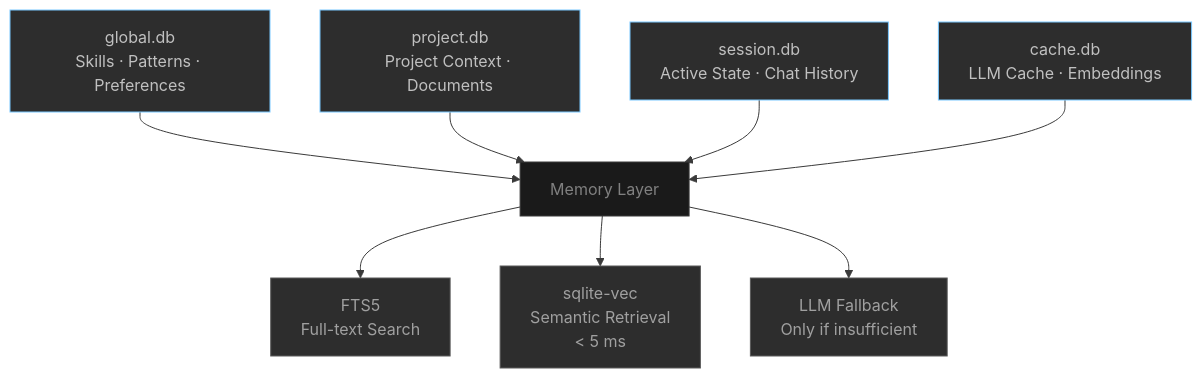
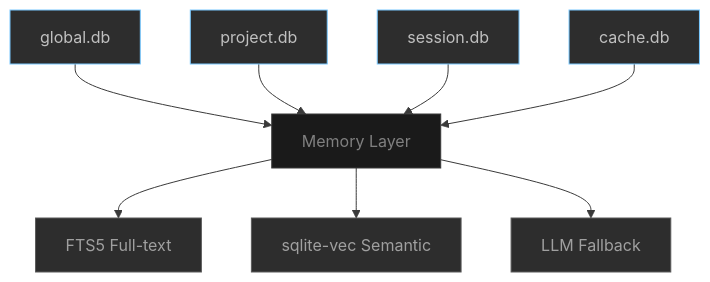
The diagram in README.md (Crea1ions/Arke), drawn with Mermaid (neutral theme) before and after one commit. The commit also changed other lines of this file, not shown here.

````diff
--- a/README.md
+++ b/README.md
@@ -167,22 +167,22 @@
 ```mermaid
 graph TD
-    G[global.db<br/>Skills · Patterns · Preferences] --> M[Memory Layer]
-    P[project.db<br/>Project Context · Documents] --> M
-    S[session.db<br/>Active State · Chat History] --> M
-    C[cache.db<br/>LLM Cache · Embeddings] --> M
+    G[global.db] --> M[Memory Layer]
+    P[project.db] --> M
+    S[session.db] --> M
+    C[cache.db] --> M
 
-    M --> FTS[FTS5<br/>Full-text Search]
-    M --> VEC[sqlite-vec<br/>Semantic Retrieval<br/>< 5 ms]
-    M --> LLM[LLM Fallback<br/>Only if insufficient]
+    M --> FTS[FTS5 Full-text]
+    M --> VEC[sqlite-vec Semantic]
+    M --> LLM[LLM Fallback]
 
     style G fill:#2d2d2d,stroke:#78c8ff,stroke-width:1px,color:#c0c0c0
     style P fill:#2d2d2d,stroke:#78c8ff,stroke-width:1px,color:#c0c0c0
     style S fill:#2d2d2d,stroke:#78c8ff,stroke-width:1px,color:#c0c0c0
     style C fill:#2d2d2d,stroke:#78c8ff,stroke-width:1px,color:#c0c0c0
     style M fill:#1a1a1a,stroke:#3a3a3a,stroke-width:1px,color:#808080
     style FTS fill:#2d2d2d,stroke:#5a5a5a,stroke-width:1px,color:#a0a0a0
     style VEC fill:#2d2d2d,stroke:#5a5a5a,stroke-width:1px,color:#a0a0a0
     style LLM fill:#2d2d2d,stroke:#5a5a5a,stroke-width:1px,color:#a0a0a0
 
     linkStyle default stroke:#3a3a3a,stroke-width:1px
 ```
````
